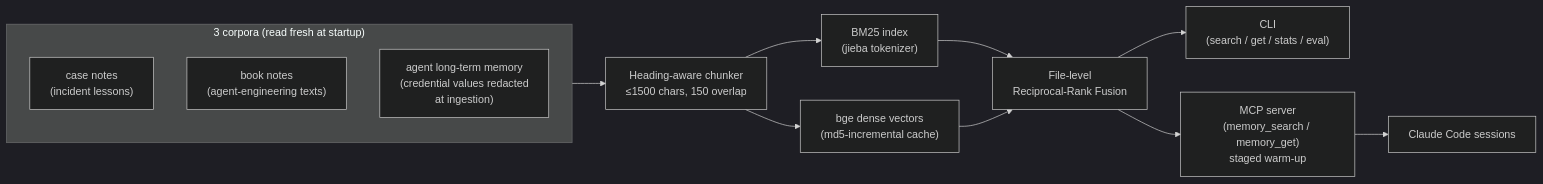
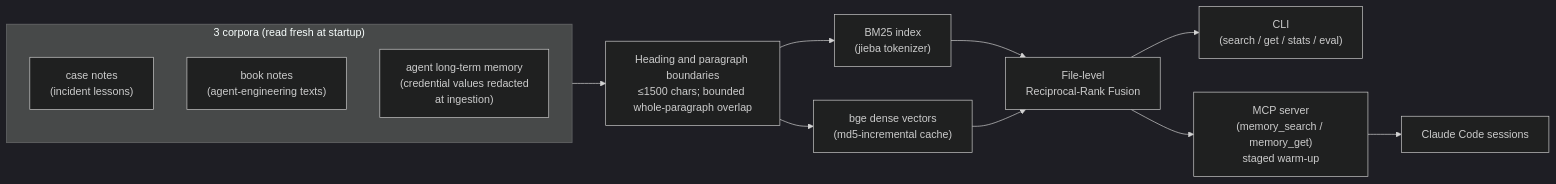
Before and after one commit to nameishardright/memory-rag: the diagram in README.md, drawn with Mermaid (dark theme). The commit also changed other lines of this file and 9 other files, not shown here.

````diff
--- a/README.md
+++ b/README.md
@@ -11,16 +11,16 @@
 ```mermaid
 flowchart LR
     subgraph Corpora["3 corpora (read fresh at startup)"]
         A["case notes<br/>(incident lessons)"]
         B["book notes<br/>(agent-engineering texts)"]
         C["agent long-term memory<br/>(credential values redacted<br/>at ingestion)"]
     end
-    Corpora --> CH["Heading-aware chunker<br/>≤1500 chars, 150 overlap"]
+    Corpora --> CH["Heading and paragraph boundaries<br/>≤1500 chars; bounded whole-paragraph overlap"]
     CH --> IDX1["BM25 index<br/>(jieba tokenizer)"]
     CH --> IDX2["bge dense vectors<br/>(md5-incremental cache)"]
     IDX1 --> F["File-level<br/>Reciprocal-Rank Fusion"]
     IDX2 --> F
     F --> CLI["CLI<br/>(search / get / stats / eval)"]
     F --> MCP["MCP server<br/>(memory_search / memory_get)<br/>staged warm-up"]
     MCP --> CC["Claude Code sessions"]
 ```
````
